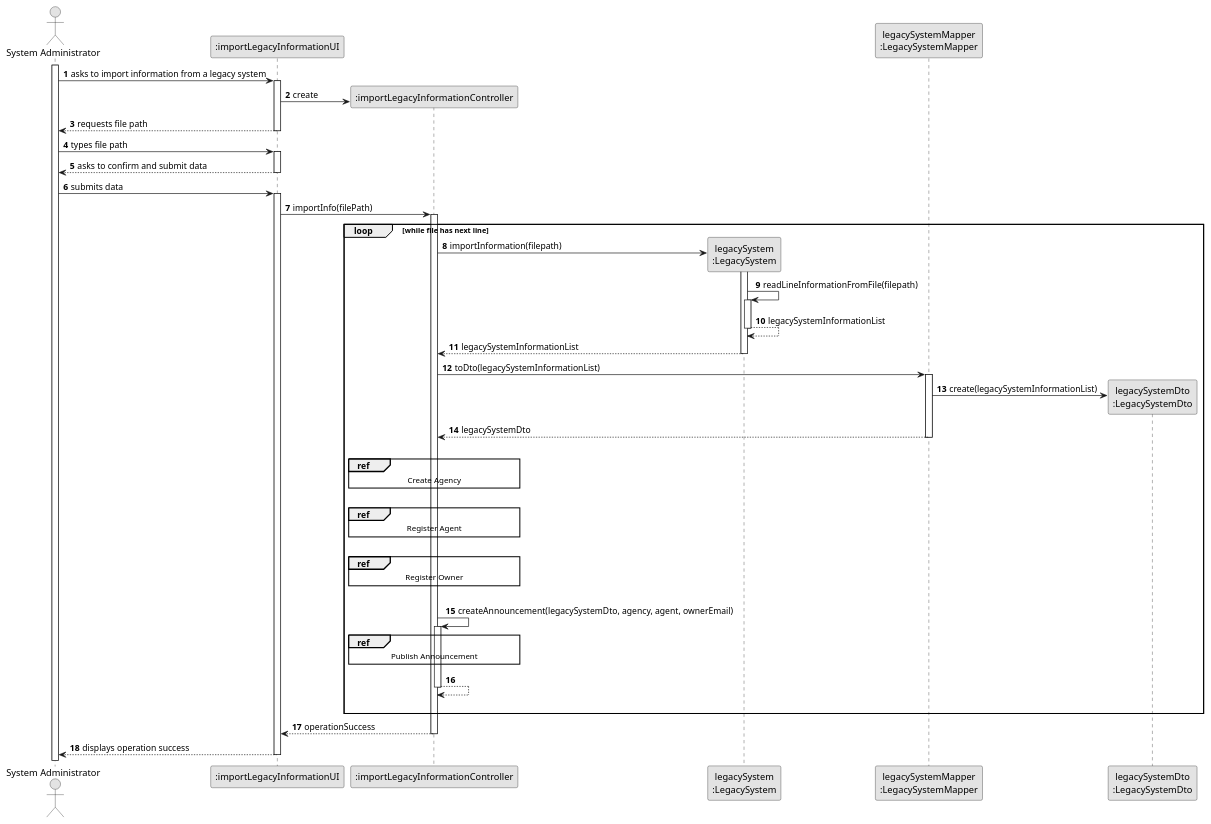
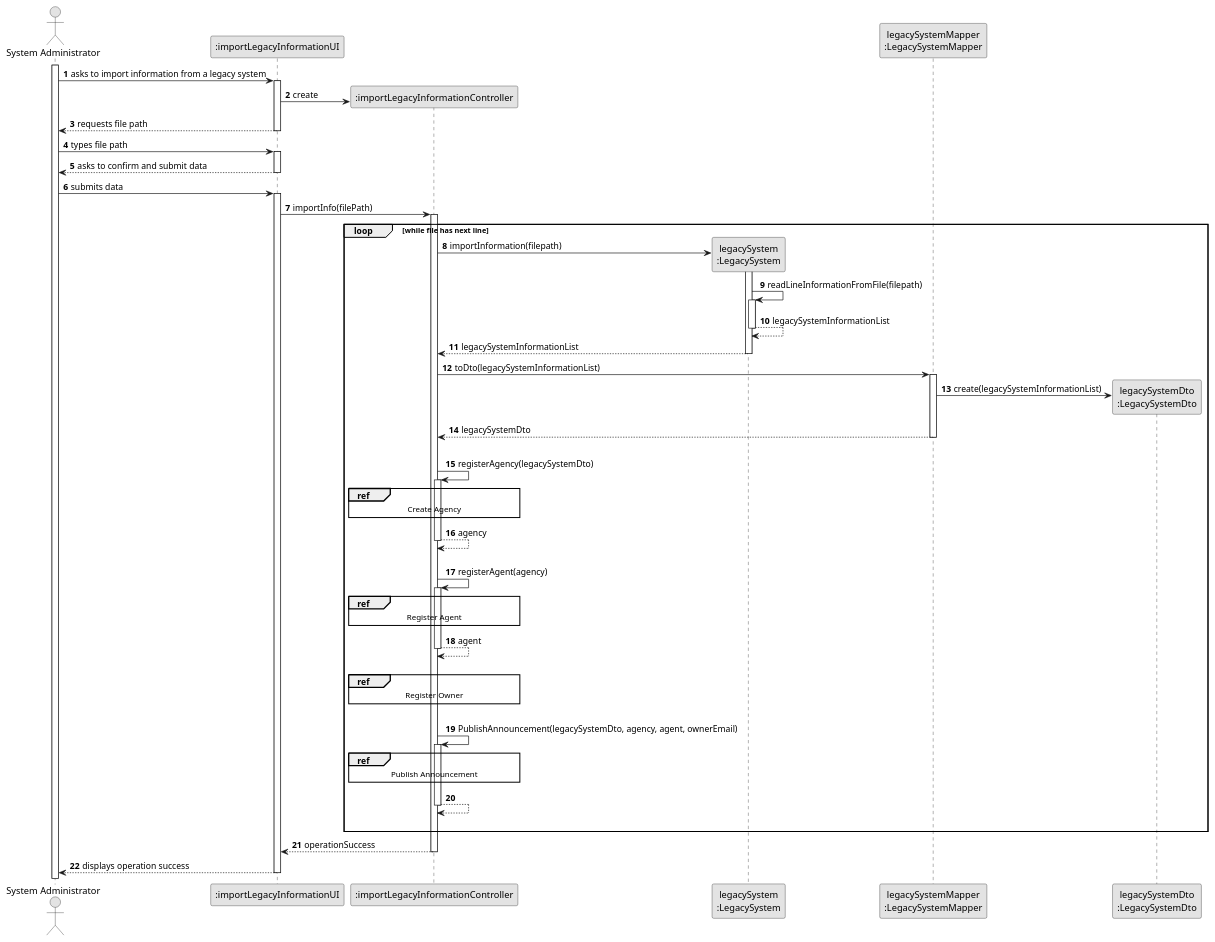
Before and after one commit to rita-barbosa/LAPR2-2223: the diagram in docs/sprintC/us012/03.design/puml/us012-sequence-diagram-split.puml, drawn with PlantUML.

Commit message:
Split SD update [US012] [Design]

```diff
--- a/docs/sprintC/us012/03.design/puml/us012-sequence-diagram-split.puml
+++ b/docs/sprintC/us012/03.design/puml/us012-sequence-diagram-split.puml
@@ -1,91 +1,100 @@
 @startuml
 skinparam monochrome true
 skinparam packageStyle rectangle
 skinparam shadowing false
 
 autonumber
 
 'hide footbox
 actor "System Administrator" as ADM
 participant ":importLegacyInformationUI" as UI
 participant ":importLegacyInformationController" as CTRL
 participant "legacySystem\n:LegacySystem" as LS
 participant "legacySystemMapper\n:LegacySystemMapper" as LSMapper
 participant "legacySystemDto\n:LegacySystemDto" as LSDto
 
 activate ADM
 
     ADM -> UI : asks to import information from a legacy system
     activate UI
 
     UI -> CTRL**: create
 
     UI --> ADM : requests file path
     deactivate UI
 
     ADM -> UI : types file path
     activate UI
 
     UI --> ADM : asks to confirm and submit data
     deactivate UI
 
     ADM -> UI : submits data
     activate UI
 
     UI -> CTRL: importInfo(filePath)
     activate CTRL
 
 
     loop while file has next line
 
       CTRL -> LS** : importInformation(filepath)
       activate LS
 
       LS -> LS : readLineInformationFromFile(filepath)
       activate LS
 
       LS --> LS: legacySystemInformationList
       deactivate LS
 
      CTRL <-- LS : legacySystemInformationList
       deactivate LS
 
       CTRL -> LSMapper : toDto(legacySystemInformationList)
       activate LSMapper
 
       LSMapper -> LSDto** : create(legacySystemInformationList)
 
       LSMapper --> CTRL : legacySystemDto
       deactivate LSMapper
 
     |||
+    CTRL -> CTRL : registerAgency(legacySystemDto)
+    activate CTRL
     ref over CTRL
     Create Agency
     end ref
+    CTRL --> CTRL : agency
+    deactivate CTRL
     |||
+
+    CTRL -> CTRL : registerAgent(agency)
+    activate CTRL
     ref over CTRL
         Register Agent
     end ref
+    CTRL --> CTRL : agent
+    deactivate CTRL
     |||
     ref over CTRL
         Register Owner
     end ref
 |||
-    CTRL -> CTRL : createAnnouncement(legacySystemDto, agency, agent, ownerEmail)
+    CTRL -> CTRL : PublishAnnouncement(legacySystemDto, agency, agent, ownerEmail)
     activate CTRL
     ref over CTRL
         Publish Announcement
     end ref
         CTRL --> CTRL
     deactivate CTRL
 
 |||
      end loop
 
     CTRL --> UI: operationSuccess
     deactivate CTRL
 
     UI --> ADM : displays operation success
     deactivate UI
 
 @enduml
```
